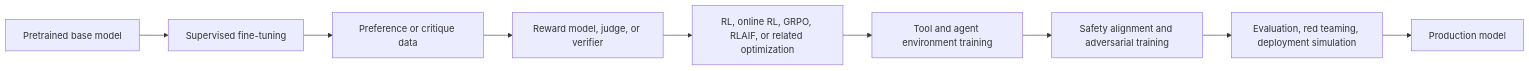
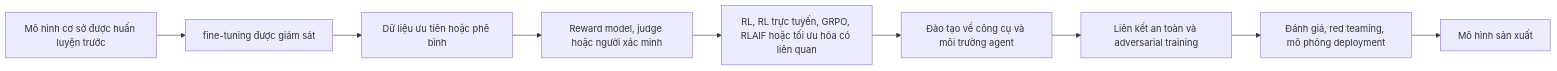
One commit to cycler04/VinRobotics-VLA changed the tenth of 28 diagrams in docs/research_finding/01-gwen/broad_overview/LLM_VLM/recent_llm_overview.md. Above: the diagram before and after it, drawn with Mermaid. The commit also changed other lines of this file and 79 other files, not shown here.

````diff
--- a/docs/research_finding/01-gwen/broad_overview/LLM_VLM/recent_llm_overview.md
+++ b/docs/research_finding/01-gwen/broad_overview/LLM_VLM/recent_llm_overview.md
@@ -840,12 +840,12 @@
 ```mermaid
 flowchart LR
-    B[Pretrained base model]
-    --> SFT[Supervised fine-tuning]
-    SFT --> Pref[Preference or critique data]
-    Pref --> RM[Reward model, judge, or verifier]
-    RM --> RL[RL, online RL, GRPO, RLAIF, or related optimization]
-    RL --> Tool[Tool and agent environment training]
-    Tool --> Safe[Safety alignment and adversarial training]
-    Safe --> Eval[Evaluation, red teaming, deployment simulation]
-    Eval --> Final[Production model]
+    B[Mô hình cơ sở được huấn luyện trước]
+    --> SFT[fine-tuning được giám sát]
+    SFT --> Pref[Dữ liệu ưu tiên hoặc phê bình]
+    Pref --> RM[Reward model, judge hoặc người xác minh]
+    RM --> RL[RL, RL trực tuyến, GRPO, RLAIF hoặc tối ưu hóa có liên quan]
+    RL --> Tool[Đào tạo về công cụ và môi trường agent]
+    Tool --> Safe[Liên kết an toàn và adversarial training]
+    Safe --> Eval[Đánh giá, red teaming, mô phỏng deployment]
+    Eval --> Final[Mô hình sản xuất]
 ```
````
